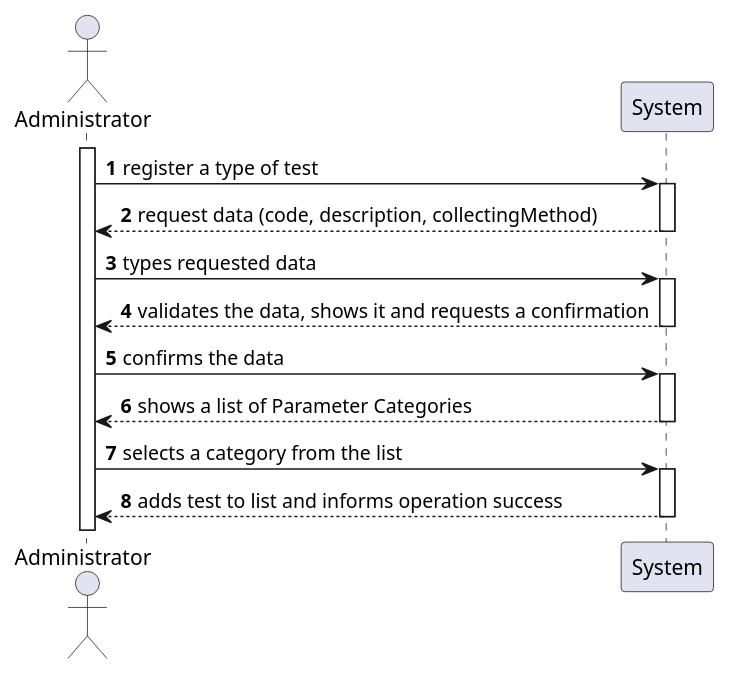
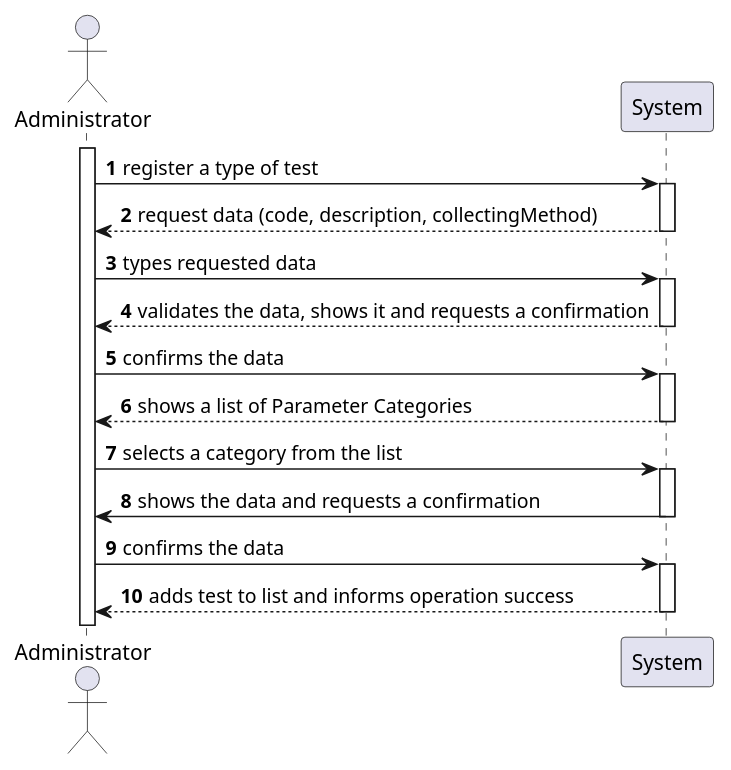
One commit to 0franciscor/lei-21-s2-1de-g19 changed the diagram in docs/SprintB/US09/US09-SSD.puml. Above: the diagram before and after it, drawn with PlantUML. The commit also changed 2 other files, not shown here.

```diff
--- a/docs/SprintB/US09/US09-SSD.puml
+++ b/docs/SprintB/US09/US09-SSD.puml
@@ -1,21 +1,20 @@
 @startuml
 'https://plantuml.com/sequence-diagram
 
 autonumber
 
 actor "Administrator" as admin
 activate admin
 
 admin -> System ++: register a type of test
 System -->  admin --: request data (code, description, collectingMethod)
 admin ->  System ++: types requested data
 System --> admin --: validates the data, shows it and requests a confirmation
 admin -> System ++: confirms the data
 System --> admin --: shows a list of Parameter Categories
 admin -> System ++: selects a category from the list
-
+System -> admin --: shows the data and requests a confirmation
+admin -> System ++: confirms the data
 System --> admin --: adds test to list and informs operation success
 
-
-
 @enduml
```
